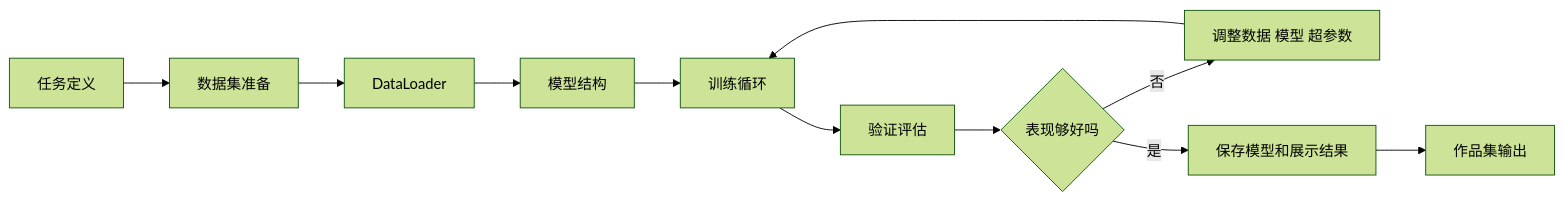
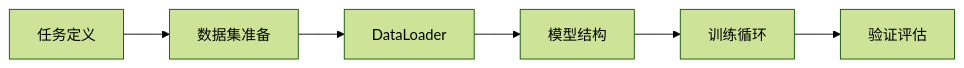
Before and after one commit to oudbiao/AI-fullstack-course: the fourth of 5 diagrams in docs/stage5/ch08-projects/00-roadmap.md, drawn with Mermaid (forest theme). The commit also changed other lines of this file and 139 other files, not shown here.

````diff
--- a/docs/stage5/ch08-projects/00-roadmap.md
+++ b/docs/stage5/ch08-projects/00-roadmap.md
@@ -58,13 +64,8 @@
 ```mermaid
 flowchart LR
   A[任务定义] --> B[数据集准备]
   B --> C[DataLoader]
   C --> D[模型结构]
   D --> E[训练循环]
   E --> F[验证评估]
-  F --> G{表现够好吗}
-  G -- 否 --> H[调整数据 模型 超参数]
-  H --> E
-  G -- 是 --> I[保存模型和展示结果]
-  I --> J[作品集输出]
 ```
````
